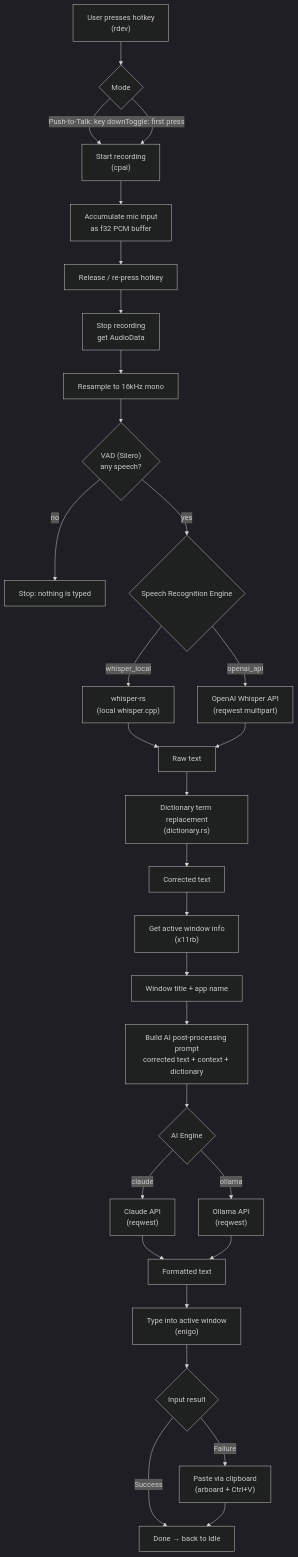
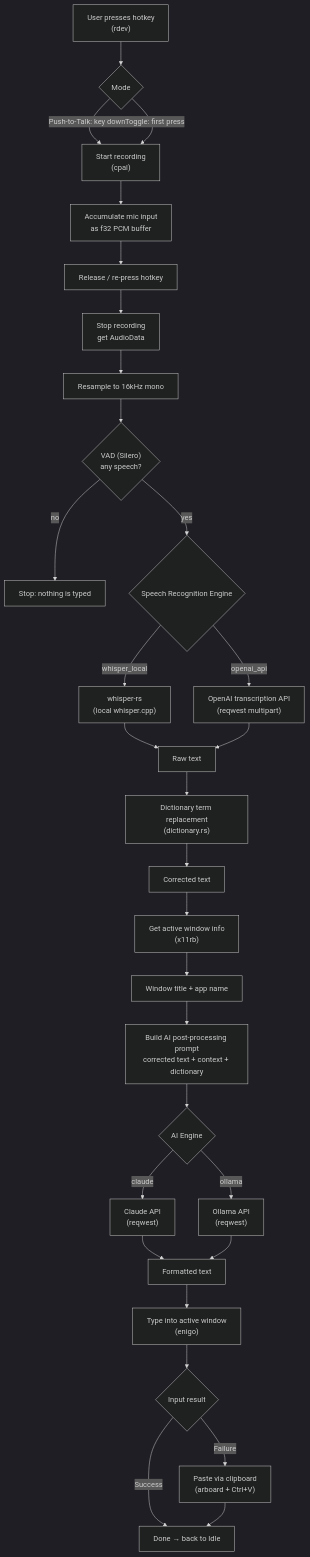
The first of 2 diagrams in README.md (bearmini/koe), drawn with Mermaid (dark theme) before and after one commit. The commit also changed other lines of this file and 6 other files, not shown here.

First line of the commit message:
feat: make the OpenAI transcription model configurable, default gpt-transcribe (#98)

````diff
--- a/README.md
+++ b/README.md
@@ -51,42 +51,42 @@
 ```mermaid
 flowchart TD
     A["User presses hotkey\n(rdev)"] --> B{Mode}
     B -->|Push-to-Talk: key down| C["Start recording\n(cpal)"]
     B -->|Toggle: first press| C
 
     C --> D["Accumulate mic input\nas f32 PCM buffer"]
     D --> E["Release / re-press hotkey"]
     E --> F["Stop recording\nget AudioData"]
 
     F --> G["Resample to 16kHz mono"]
 
     G --> VD{"VAD (Silero)\nany speech?"}
     VD -->|no| VD0["Stop: nothing is typed"]
     VD -->|yes| H{Speech Recognition Engine}
     H -->|whisper_local| I["whisper-rs\n(local whisper.cpp)"]
-    H -->|openai_api| J["OpenAI Whisper API\n(reqwest multipart)"]
+    H -->|openai_api| J["OpenAI transcription API\n(reqwest multipart)"]
 
     I --> K["Raw text"]
     J --> K
 
     K --> L["Dictionary term replacement\n(dictionary.rs)"]
     L --> M["Corrected text"]
 
     M --> N["Get active window info\n(x11rb)"]
     N --> O["Window title + app name"]
 
     O --> P["Build AI post-processing prompt\ncorrected text + context + dictionary"]
 
     P --> Q{AI Engine}
     Q -->|claude| R["Claude API\n(reqwest)"]
     Q -->|ollama| S["Ollama API\n(reqwest)"]
 
     R --> T["Formatted text"]
     S --> T
 
     T --> U["Type into active window\n(enigo)"]
     U --> V{Input result}
     V -->|Success| W["Done → back to Idle"]
     V -->|Failure| X["Paste via clipboard\n(arboard + Ctrl+V)"]
     X --> W
 ```
````
